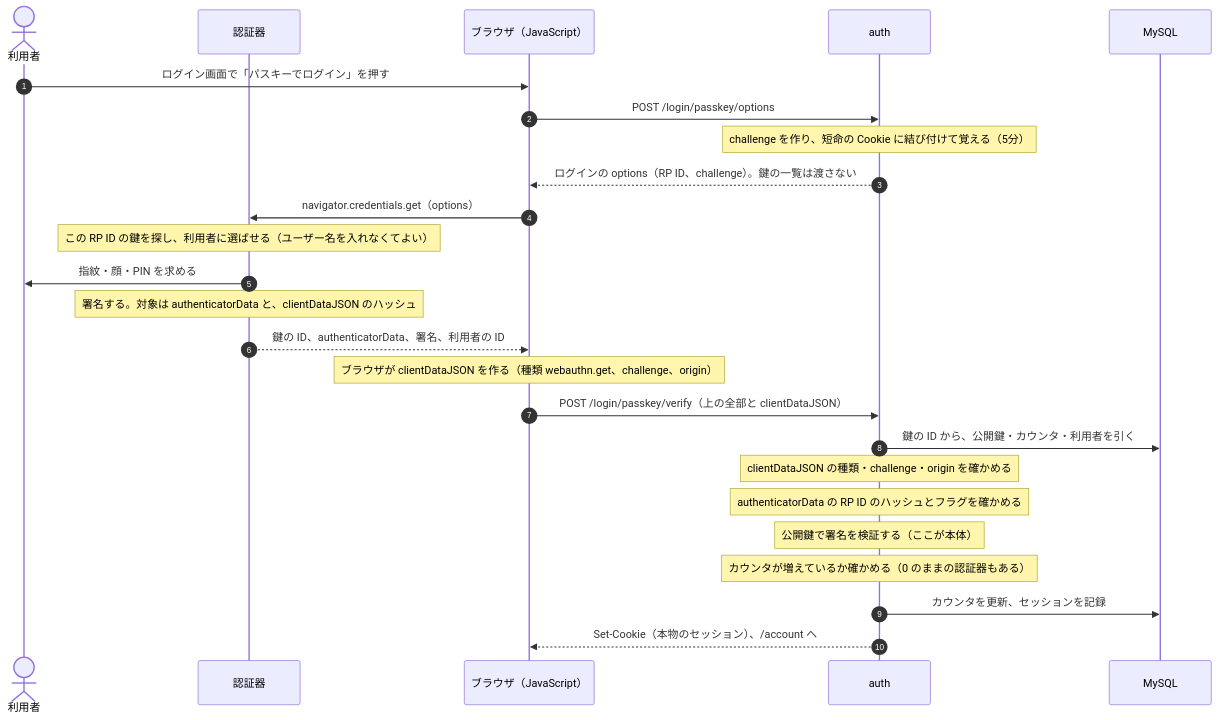
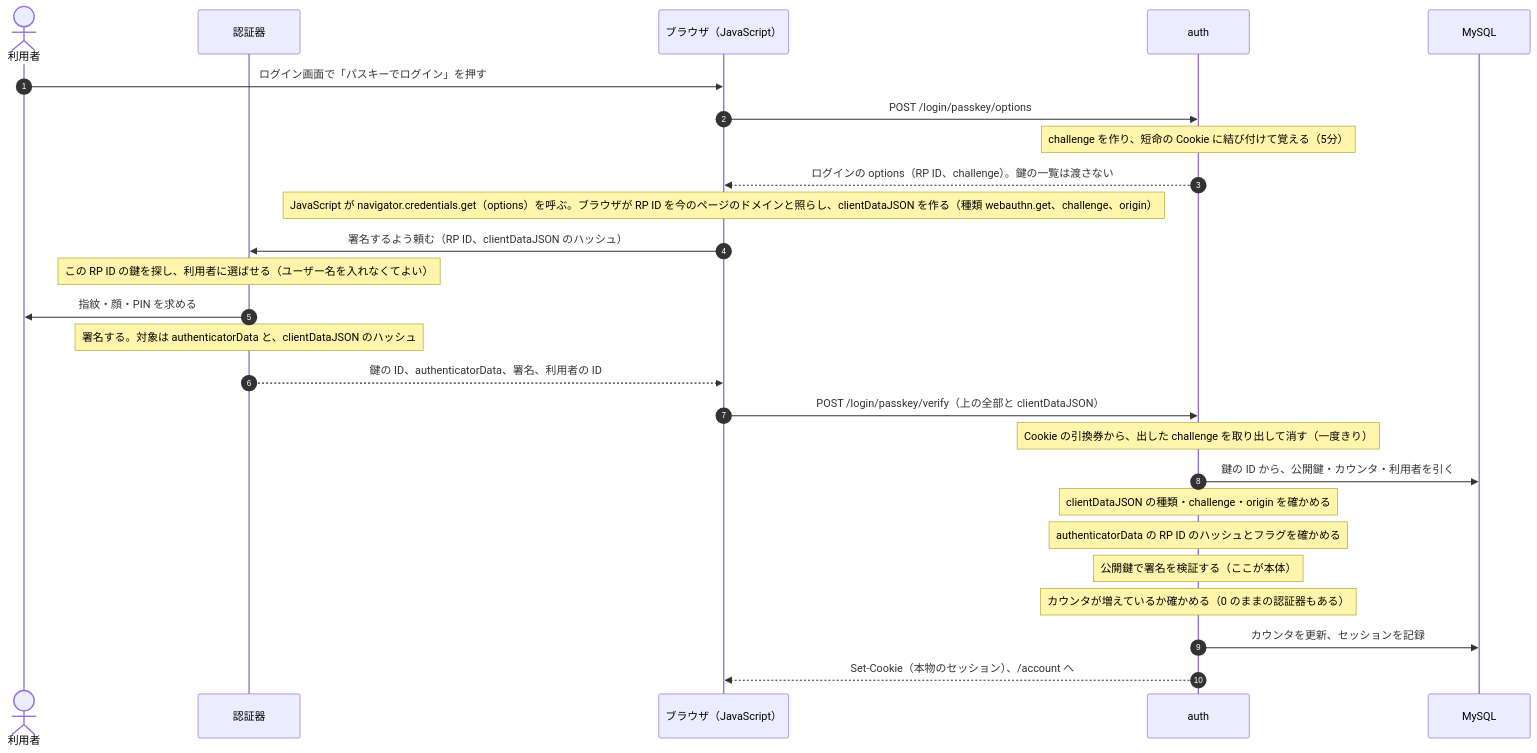
The second of 2 diagrams in docs/steps/3-passkey.md (alphajinsei/auth), drawn with Mermaid before and after one commit. The commit also changed other lines of this file and 5 other files, not shown here.

Commit message:
Stage 3 docs: fix diagrams (clientDataJSON is built before calling the authenticator, challenge take step), prose walkthrough of who builds what

````diff
--- a/docs/steps/3-passkey.md
+++ b/docs/steps/3-passkey.md
@@ -131,28 +175,29 @@
 ```mermaid
 sequenceDiagram
   autonumber
   actor U as 利用者
   participant K as 認証器
   participant B as ブラウザ（JavaScript）
   participant A as auth
   participant DB as MySQL
 
   U->>B: ログイン画面で「パスキーでログイン」を押す
   B->>A: POST /login/passkey/options
   Note over A: challenge を作り、短命の Cookie に結び付けて覚える（5分）
   A-->>B: ログインの options（RP ID、challenge）。鍵の一覧は渡さない
-  B->>K: navigator.credentials.get（options）
+  Note over B: JavaScript が navigator.credentials.get（options）を呼ぶ。ブラウザが RP ID を今のページのドメインと照らし、clientDataJSON を作る（種類 webauthn.get、challenge、origin）
+  B->>K: 署名するよう頼む（RP ID、clientDataJSON のハッシュ）
   Note over K: この RP ID の鍵を探し、利用者に選ばせる（ユーザー名を入れなくてよい）
   K->>U: 指紋・顔・PIN を求める
   Note over K: 署名する。対象は authenticatorData と、clientDataJSON のハッシュ
   K-->>B: 鍵の ID、authenticatorData、署名、利用者の ID
-  Note over B: ブラウザが clientDataJSON を作る（種類 webauthn.get、challenge、origin）
   B->>A: POST /login/passkey/verify（上の全部と clientDataJSON）
+  Note over A: Cookie の引換券から、出した challenge を取り出して消す（一度きり）
   A->>DB: 鍵の ID から、公開鍵・カウンタ・利用者を引く
   Note over A: clientDataJSON の種類・challenge・origin を確かめる
   Note over A: authenticatorData の RP ID のハッシュとフラグを確かめる
   Note over A: 公開鍵で署名を検証する（ここが本体）
   Note over A: カウンタが増えているか確かめる（0 のままの認証器もある）
   A->>DB: カウンタを更新、セッションを記録
   A-->>B: Set-Cookie（本物のセッション）、/account へ
 ```
````
